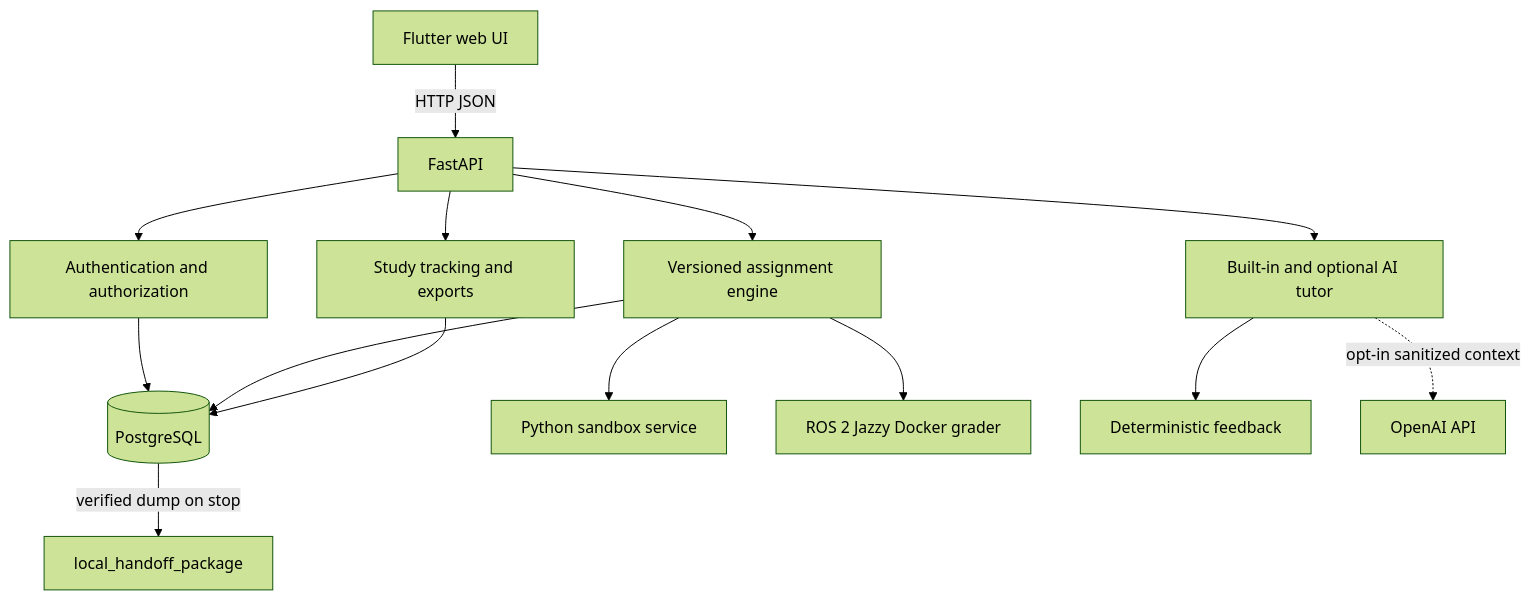
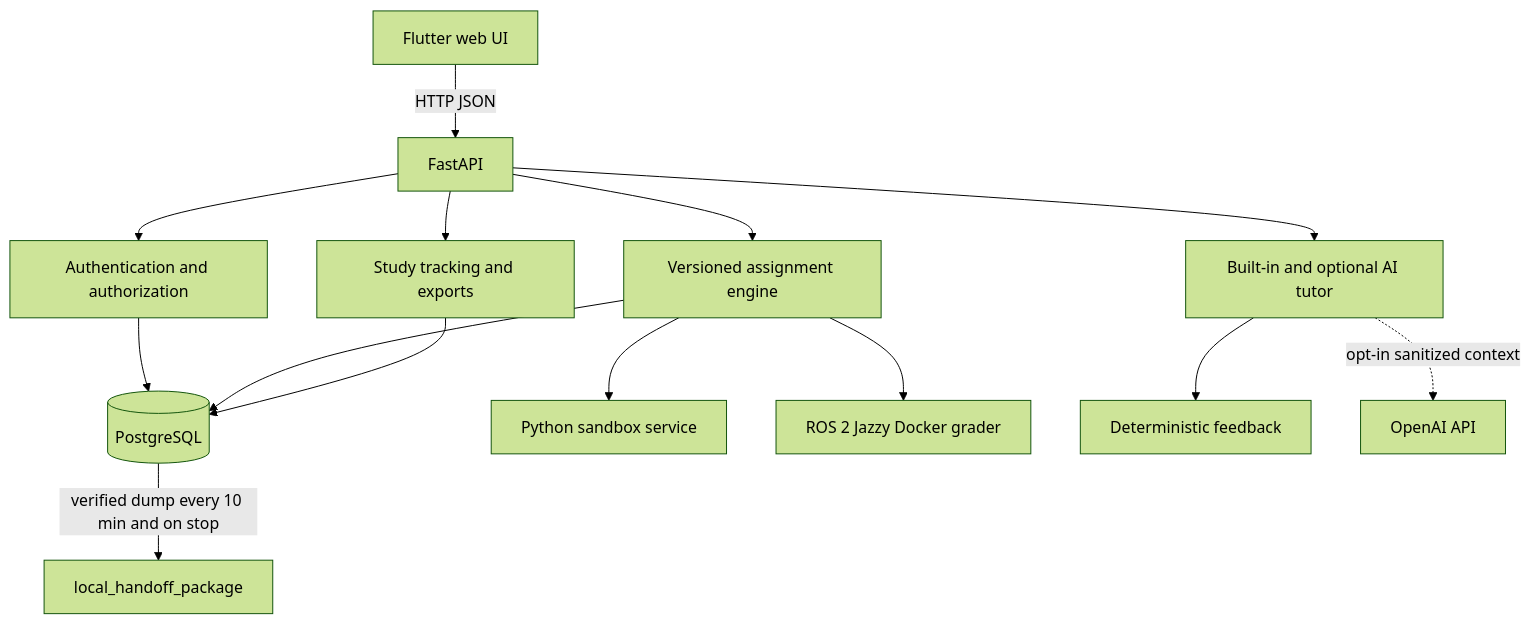
Before and after one commit to CS-Ponkoj/Robotics-Programming-Lab-Live: the second of 2 diagrams in README.md, drawn with Mermaid (forest theme). The commit also changed other lines of this file and 34 other files, not shown here.

````diff
--- a/README.md
+++ b/README.md
@@ -115,16 +122,16 @@
 ```mermaid
 flowchart TB
     Browser[Flutter web UI] -->|HTTP JSON| API[FastAPI]
     API --> Auth[Authentication and authorization]
     API --> Engine[Versioned assignment engine]
     API --> Tutor[Built-in and optional AI tutor]
     API --> Research[Study tracking and exports]
     Auth --> DB[(PostgreSQL)]
     Engine --> DB
     Research --> DB
-    DB -->|verified dump on stop| Backup[local_handoff_package]
+    DB -->|verified dump every 10 min and on stop| Backup[local_handoff_package]
     Engine --> PythonSandbox[Python sandbox service]
     Engine --> ROS[ROS 2 Jazzy Docker grader]
     Tutor --> BuiltIn[Deterministic feedback]
     Tutor -. opt-in sanitized context .-> OpenAI[OpenAI API]
 ```
````
